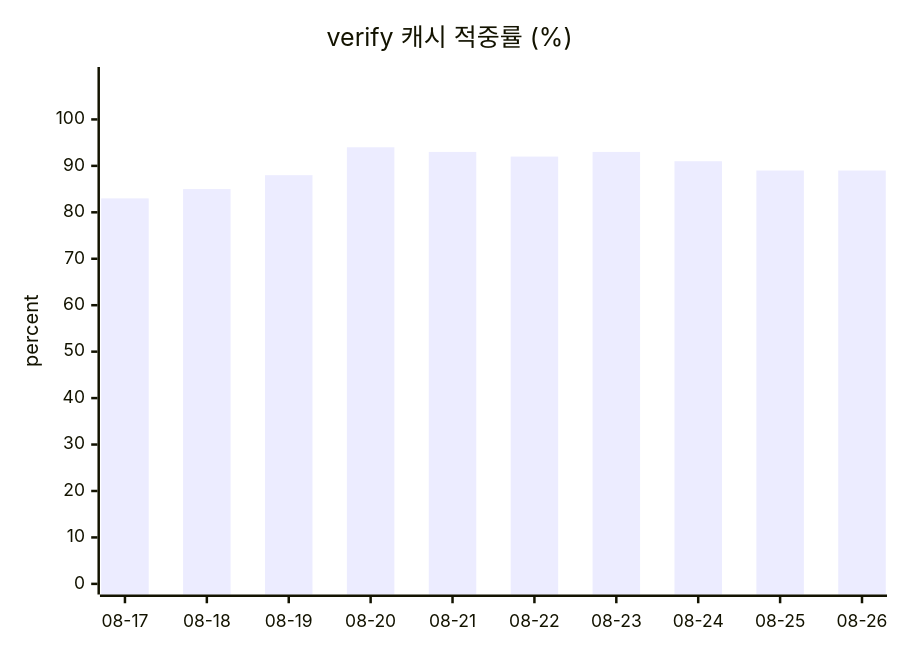
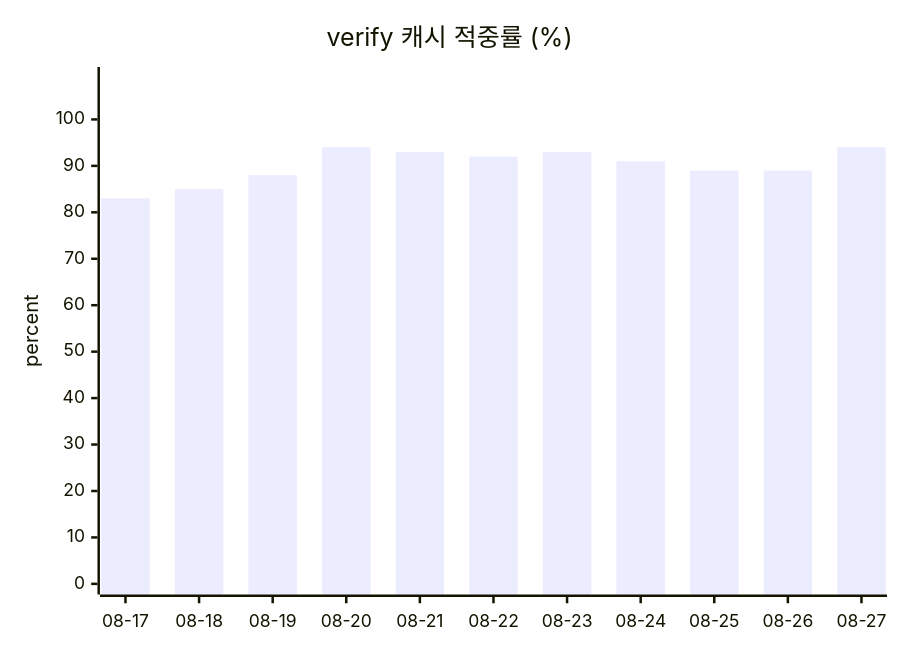
Before and after one commit to userri/PinQ-backend: the second of 2 diagrams in docs/data/token-usage.md, drawn with Mermaid. The commit also changed other lines of this file and 3 other files, not shown here.

````diff
--- a/docs/data/token-usage.md
+++ b/docs/data/token-usage.md
@@ -76,7 +79,7 @@
 ```mermaid
 xychart-beta
     title "verify 캐시 적중률 (%)"
-    x-axis ["08-17", "08-18", "08-19", "08-20", "08-21", "08-22", "08-23", "08-24", "08-25", "08-26"]
+    x-axis ["08-17", "08-18", "08-19", "08-20", "08-21", "08-22", "08-23", "08-24", "08-25", "08-26", "08-27"]
     y-axis "percent" 0 --> 109
-    bar [83, 85, 88, 94, 93, 92, 93, 91, 89, 89]
+    bar [83, 85, 88, 94, 93, 92, 93, 91, 89, 89, 94]
 ```
````
